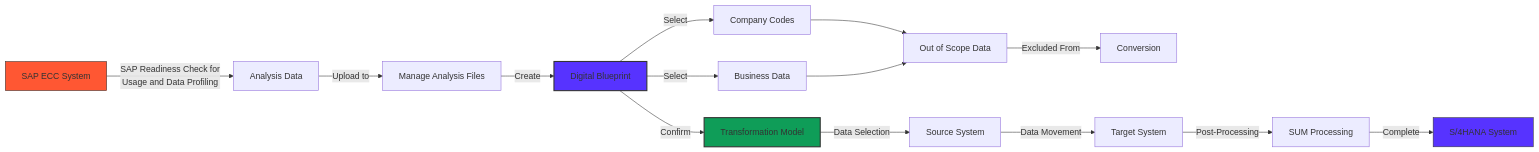
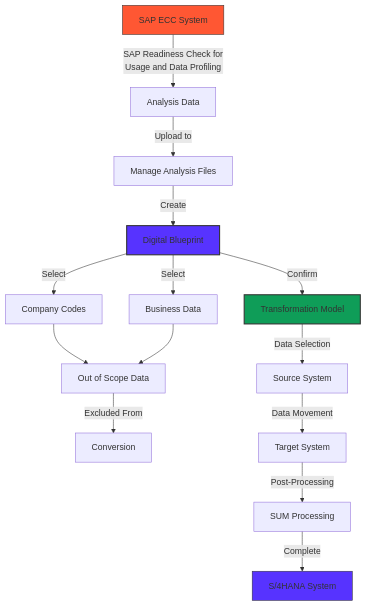
The diagram in sdt-business-transofrmation-center.md (sapflashcards/S4CPE), drawn with Mermaid before and after one commit.

````diff
--- a/sdt-business-transofrmation-center.md
+++ b/sdt-business-transofrmation-center.md
@@ -1,21 +1,21 @@
 ```mermaid
-flowchart LR
+flowchart TD
     A[SAP ECC System] -->|"SAP Readiness Check for\nUsage and Data Profiling"| B[Analysis Data]
     B -->|"Upload to"| C[Manage Analysis Files]
     C -->|"Create"| D[Digital Blueprint]
     D -->|"Select"| E[Company Codes]
     D -->|"Select"| F[Business Data]
     E --> G[Out of Scope Data]
     F --> G
     G -->|"Excluded From"| H[Conversion]
     D -->|"Confirm"| I[Transformation Model]
     I -->|"Data Selection"| J[Source System]
     J -->|"Data Movement"| K[Target System]
     K -->|"Post-Processing"| L[SUM Processing]
     L -->|"Complete"| M[S/4HANA System]
     
     style A fill:#FF5733,stroke:#333,stroke-width:1px
     style M fill:#5733FF,stroke:#333,stroke-width:1px
     style D fill:#5733FF,stroke:#333,stroke-width:2px
     style I fill:#0F9D58,stroke:#333,stroke-width:2px
 ```
````
